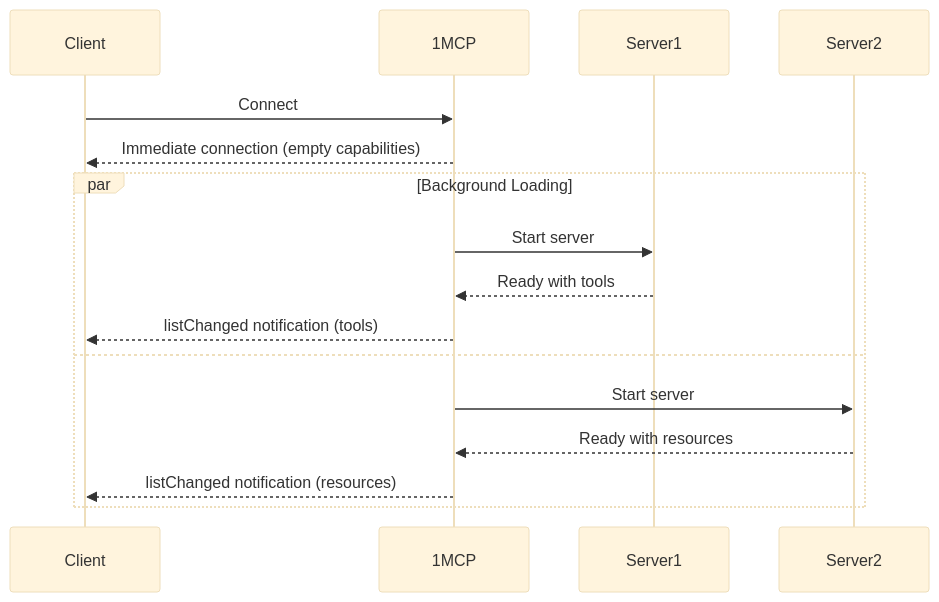
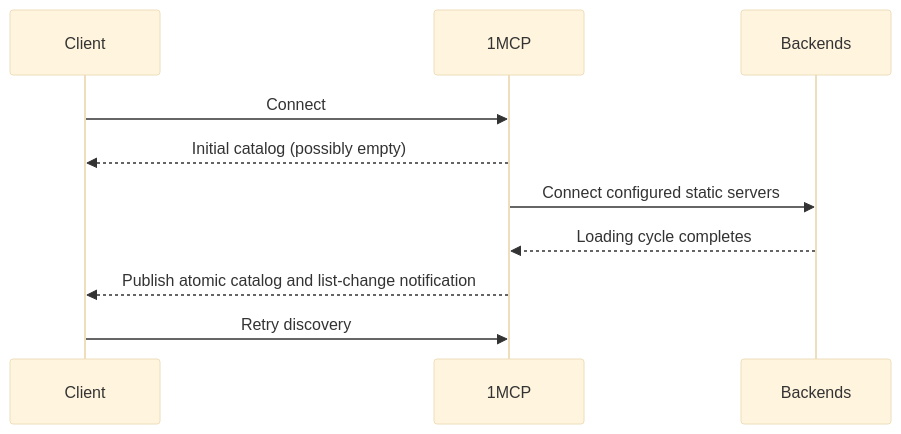
The diagram in docs/en/guide/advanced/fast-startup.md (1mcp-app/agent), drawn with Mermaid (base theme) before and after one commit. The commit also changed other lines of this file and 27 other files, not shown here.

````diff
--- a/docs/en/guide/advanced/fast-startup.md
+++ b/docs/en/guide/advanced/fast-startup.md
@@ -120,20 +33,13 @@
 ```mermaid
 sequenceDiagram
     participant Client
     participant 1MCP
-    participant Server1
-    participant Server2
+    participant Backends
 
     Client->>1MCP: Connect
-    1MCP-->>Client: Immediate connection (empty capabilities)
-
-    par Background Loading
-        1MCP->>Server1: Start server
-        Server1-->>1MCP: Ready with tools
-        1MCP-->>Client: listChanged notification (tools)
-    and
-        1MCP->>Server2: Start server
-        Server2-->>1MCP: Ready with resources
-        1MCP-->>Client: listChanged notification (resources)
-    end
+    1MCP-->>Client: Initial catalog (possibly empty)
+    1MCP->>Backends: Connect configured static servers
+    Backends-->>1MCP: Loading cycle completes
+    1MCP-->>Client: Publish atomic catalog and list-change notification
+    Client->>1MCP: Retry discovery
 ```
````
